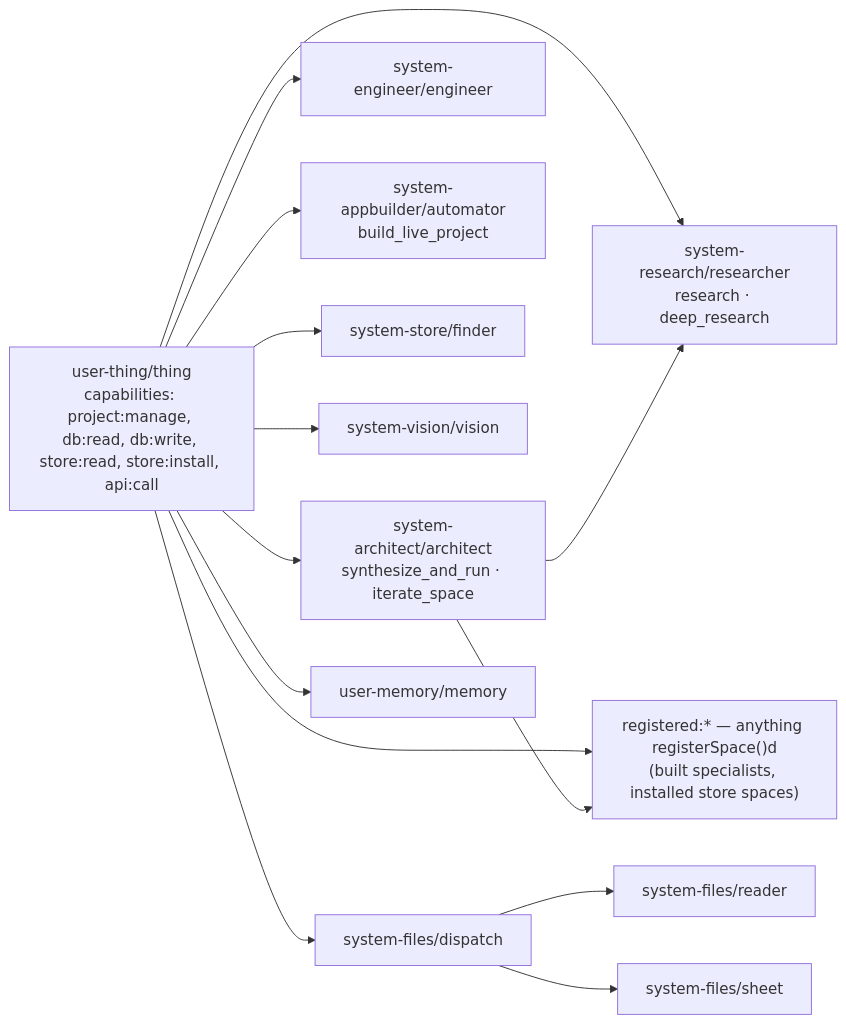
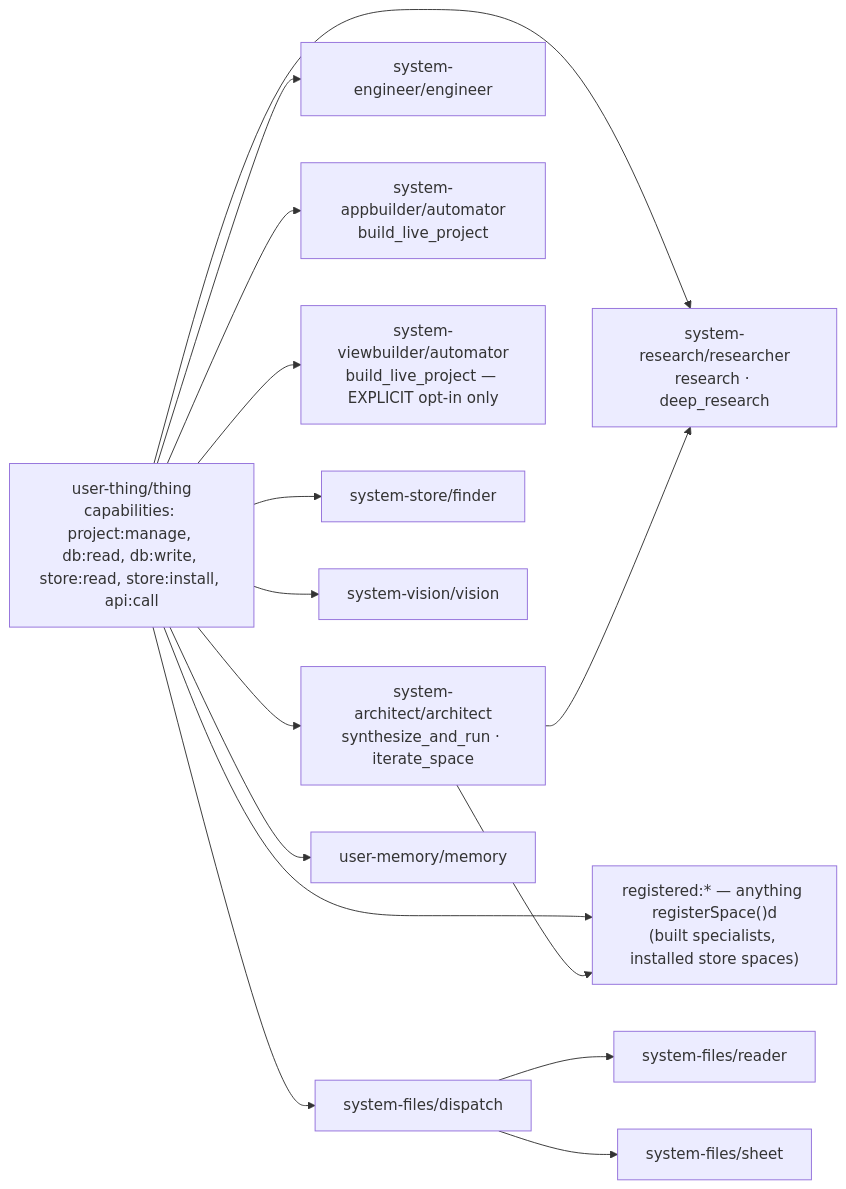
One commit to lmthing/lmthing changed the diagram in org/docs/system-spaces/README.md. Above: the diagram before and after it, drawn with Mermaid. The commit also changed other lines of this file and 8 other files, not shown here.

````diff
--- a/org/docs/system-spaces/README.md
+++ b/org/docs/system-spaces/README.md
@@ -84,17 +86,18 @@
 ```mermaid
 flowchart LR
   THING["user-thing/thing<br/>capabilities: project:manage, db:read, db:write, store:read, store:install, api:call"]
   THING --> R["system-research/researcher<br/>research · deep_research"]
   THING --> A["system-architect/architect<br/>synthesize_and_run · iterate_space"]
   THING --> E["system-engineer/engineer"]
   THING --> AU["system-appbuilder/automator<br/>build_live_project"]
+  THING --> VB["system-viewbuilder/automator<br/>build_live_project — EXPLICIT opt-in only"]
   THING --> F["system-store/finder"]
   THING --> V["system-vision/vision"]
   THING --> D["system-files/dispatch"]
   THING --> M["user-memory/memory"]
   THING --> REG["registered:* — anything registerSpace()d<br/>(built specialists, installed store spaces)"]
   D --> RD["system-files/reader"]
   D --> SH["system-files/sheet"]
   A --> R
   A --> REG
 ```
````
